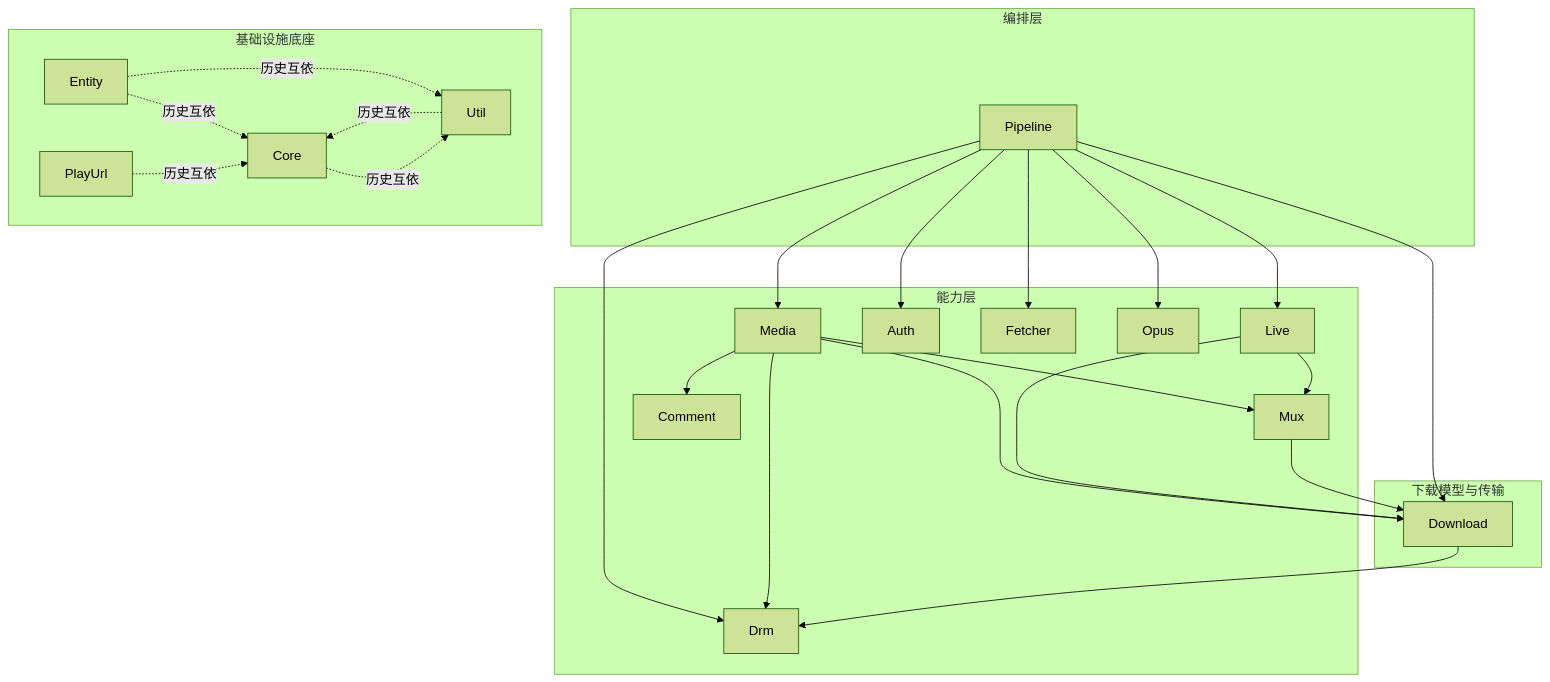
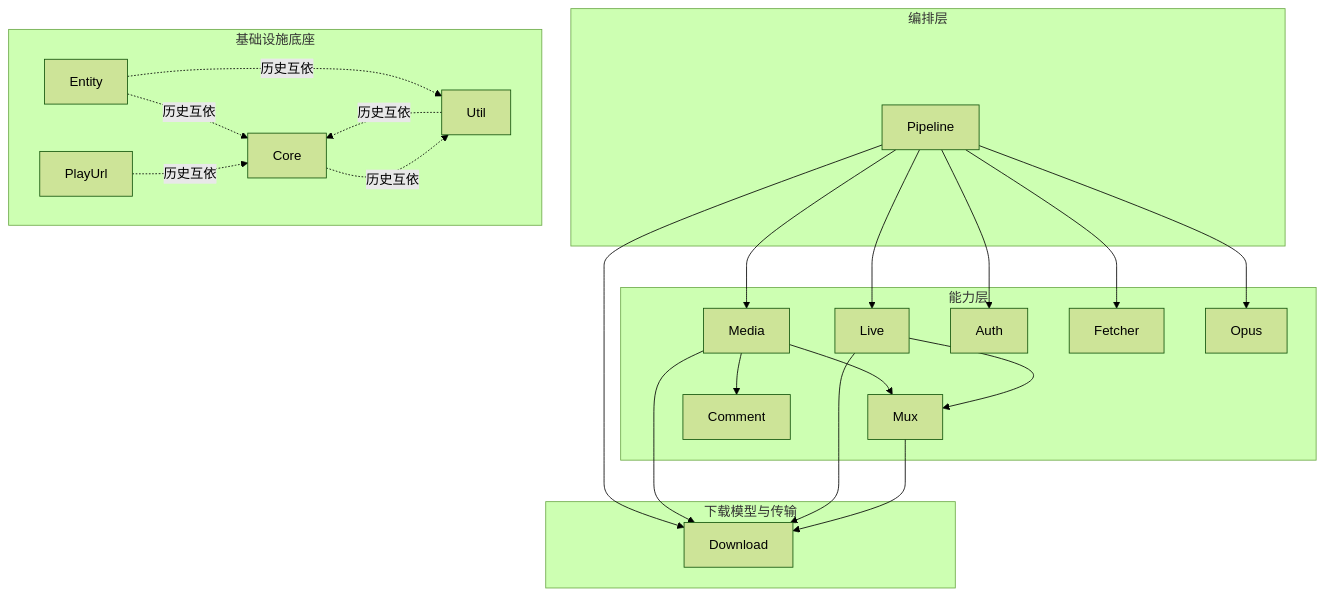
Before and after one commit to KaiHuaDou/BBDownNext: the diagram in BBDown.Core/DEPENDENCIES.md, drawn with Mermaid (forest theme). The commit also changed other lines of this file and 9 other files, not shown here.

````diff
--- a/BBDown.Core/DEPENDENCIES.md
+++ b/BBDown.Core/DEPENDENCIES.md
@@ -7,52 +7,48 @@
 ```mermaid
 flowchart TD
     subgraph L1["编排层"]
         Pipeline["Pipeline"]
     end
 
     subgraph L2["能力层"]
         Media["Media"]
         Live["Live"]
         Auth["Auth"]
-        Drm["Drm"]
         Mux["Mux"]
         Fetcher["Fetcher"]
         Opus["Opus"]
         Comment["Comment"]
     end
 
     subgraph L3["下载模型与传输"]
         Download["Download"]
     end
 
     subgraph L4["基础设施底座"]
         Core["Core"]
         Entity["Entity"]
         Util["Util"]
         PlayUrl["PlayUrl"]
     end
 
     Pipeline --> Media
     Pipeline --> Live
     Pipeline --> Auth
-    Pipeline --> Drm
     Pipeline --> Fetcher
     Pipeline --> Opus
     Pipeline --> Download
 
     Media --> Comment
     Media --> Download
-    Media --> Drm
     Media --> Mux
 
     Live --> Download
     Live --> Mux
     Mux --> Download
-    Download --> Drm
 
     Core -. 历史互依 .-> Util
     Util -. 历史互依 .-> Core
     Entity -. 历史互依 .-> Core
     Entity -. 历史互依 .-> Util
     PlayUrl -. 历史互依 .-> Core
 ```
````
